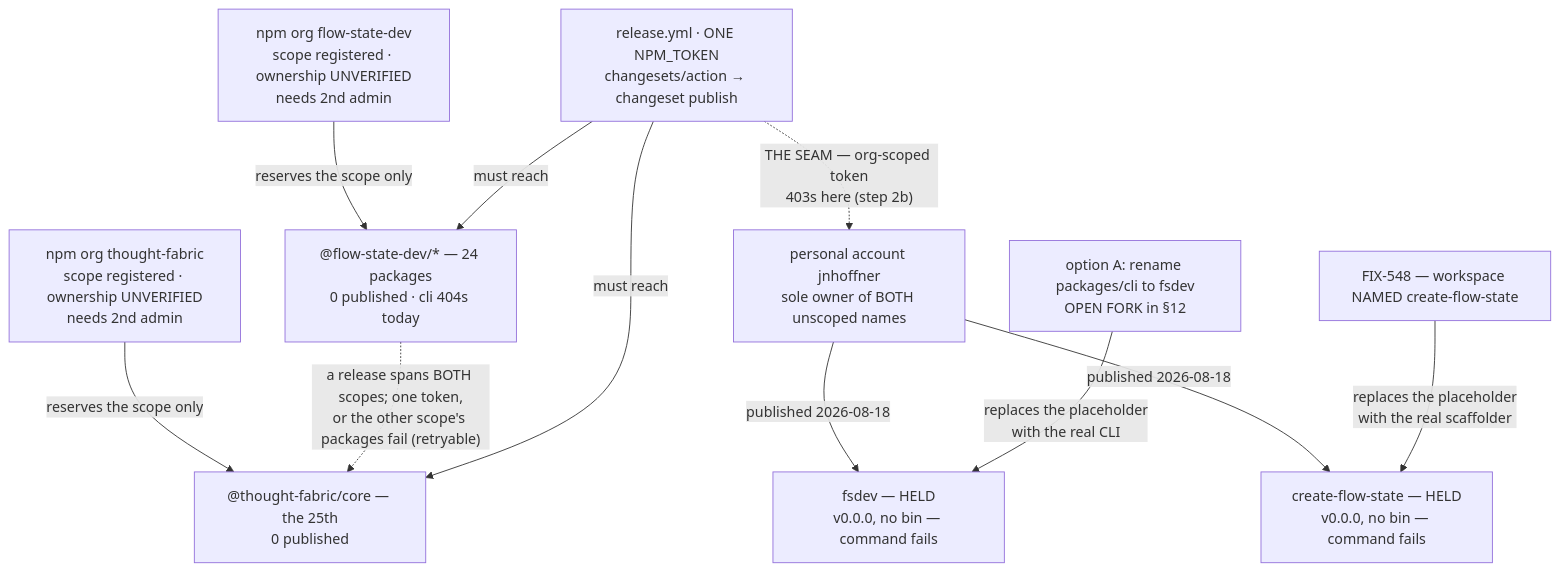
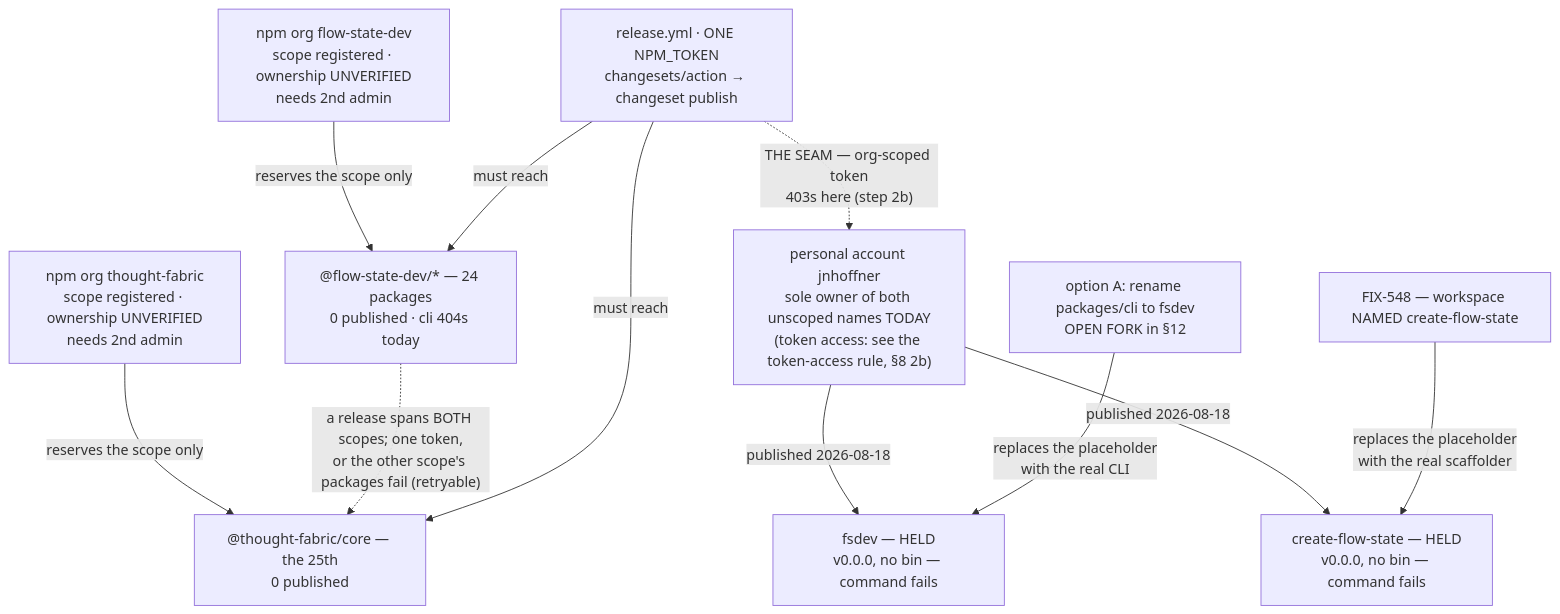
One commit to fixpoint-labs/flow-state-dev changed the diagram in spec/FIX-1162.md. Above: the diagram before and after it, drawn with Mermaid. The commit also changed other lines of this file, not shown here.

First line of the commit message:
spec(FIX-1162): one token-access rule; assert the caller's org role; enforce the rename ordering

````diff
--- a/spec/FIX-1162.md
+++ b/spec/FIX-1162.md
@@ -201,20 +201,20 @@
 ```mermaid
 flowchart TD
   ORG["npm org flow-state-dev<br/>scope registered · ownership UNVERIFIED<br/>needs 2nd admin"]
   ORG2["npm org thought-fabric<br/>scope registered · ownership UNVERIFIED<br/>needs 2nd admin"]
   ORG -->|"reserves the scope only"| SCOPED["@flow-state-dev/* — 24 packages<br/>0 published · cli 404s today"]
   ORG2 -->|"reserves the scope only"| TF["@thought-fabric/core — the 25th<br/>0 published"]
   SCOPED -.->|"a release spans BOTH scopes; one token,<br/>or the other scope's packages fail (retryable)"| TF
 
-  ACCT["personal account jnhoffner<br/>sole owner of BOTH unscoped names"]
+  ACCT["personal account jnhoffner<br/>sole owner of both unscoped names TODAY<br/>(token access: see the token-access rule, §8 2b)"]
   ACCT -->|"published 2026-08-18"| FSDEV["fsdev — HELD<br/>v0.0.0, no bin — command fails"]
   ACCT -->|"published 2026-08-18"| CREATE["create-flow-state — HELD<br/>v0.0.0, no bin — command fails"]
 
   TOKEN["release.yml · ONE NPM_TOKEN<br/>changesets/action → changeset publish"]
   TOKEN -->|"must reach"| SCOPED
   TOKEN -->|"must reach"| TF
   TOKEN -.->|"THE SEAM — org-scoped token<br/>403s here (step 2b)"| ACCT
 
   RENAME["option A: rename packages/cli to fsdev<br/>OPEN FORK in §12"] -->|"replaces the placeholder<br/>with the real CLI"| FSDEV
   S548["FIX-548 — workspace NAMED create-flow-state"] -->|"replaces the placeholder<br/>with the real scaffolder"| CREATE
 ```
````
